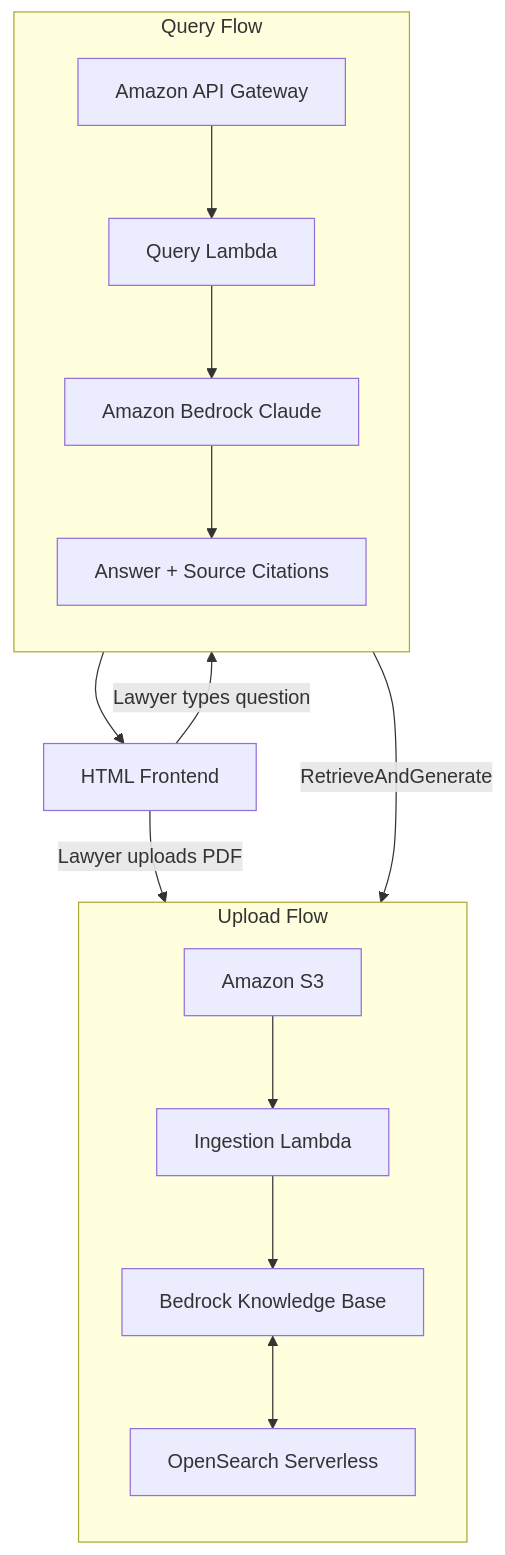
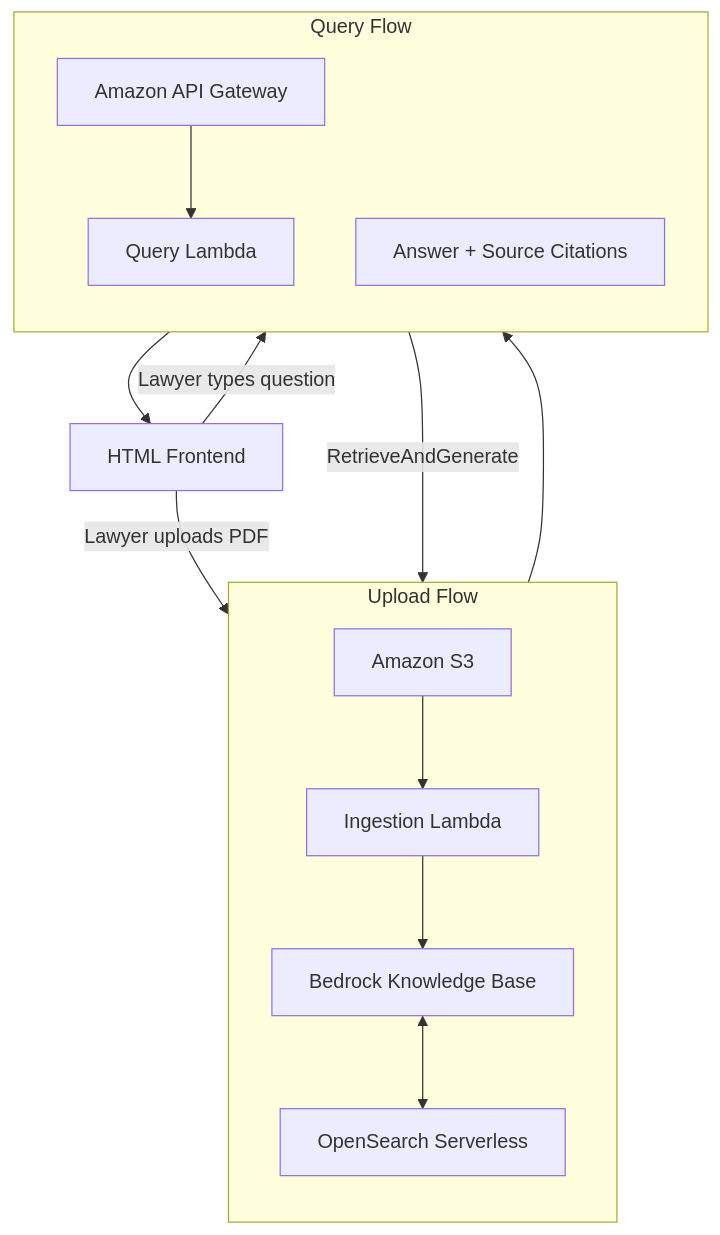
Before and after one commit to nathanielkay11-tech/aws-bedrock-rag-pipeline: the diagram in README.md, drawn with Mermaid.

Commit message:
docs: restructure architecture diagram with UI as entry point

````diff
--- a/README.md
+++ b/README.md
@@ -150,27 +150,25 @@
 ```mermaid
 graph TD
     UI[HTML Frontend]
 
     subgraph Upload Flow
         direction TD
         A1[Amazon S3]
         A2[Ingestion Lambda]
         A3[Bedrock Knowledge Base]
         A4[OpenSearch Serverless]
         A1 --> A2 --> A3 <--> A4
     end
 
     subgraph Query Flow
         direction TD
         B1[Amazon API Gateway]
         B2[Query Lambda]
-        B3[Amazon Bedrock Claude]
         B4[Answer + Source Citations]
-        B1 --> B2 --> B3 --> B4
+        B1 --> B2 -->|RetrieveAndGenerate| A3 --> B4
     end
 
     UI -->|Lawyer uploads PDF| A1
     UI -->|Lawyer types question| B1
-    B2 -->|RetrieveAndGenerate| A3
     B4 --> UI
 ```
````
